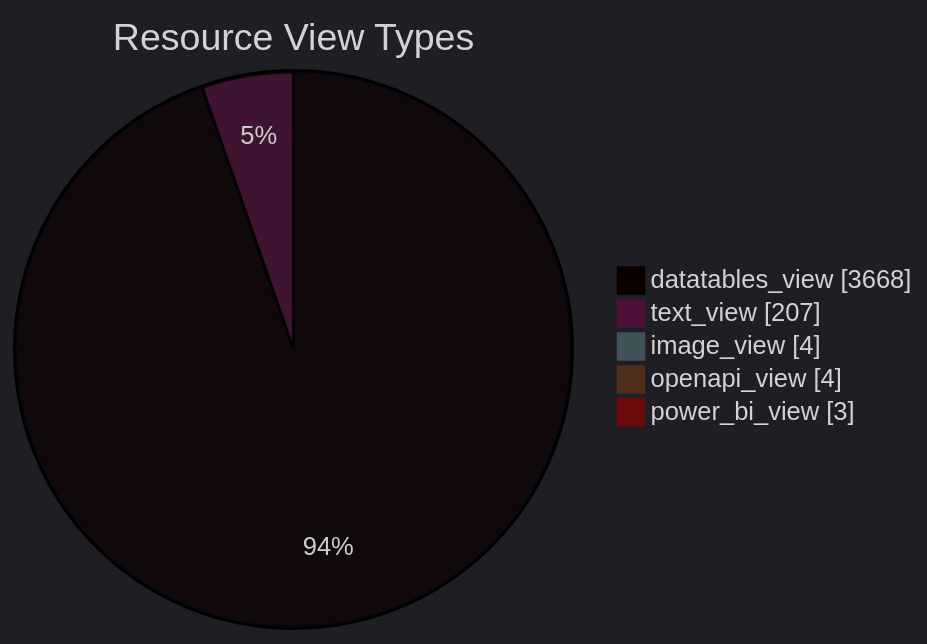
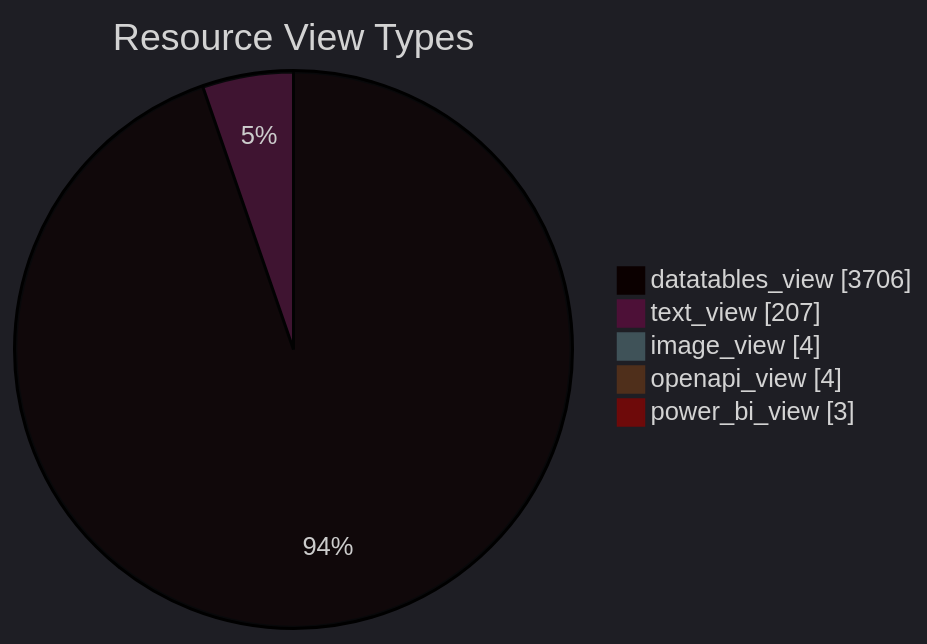
The diagram in datastore_tracker/resource_view_types_pie_chart.md (open-data/analytics-corporate-reporting), drawn with Mermaid before and after one commit. The commit also changed 9 other files, not shown here.

````diff
--- a/datastore_tracker/resource_view_types_pie_chart.md
+++ b/datastore_tracker/resource_view_types_pie_chart.md
@@ -2,12 +2,12 @@
 ```mermaid
 ---
 config:
   theme: dark
 ---
 pie showData title Resource View Types
-    "datatables_view": 3668
+    "datatables_view": 3706
     "text_view": 207
     "image_view": 4
     "openapi_view": 4
     "power_bi_view": 3
 ```
````
